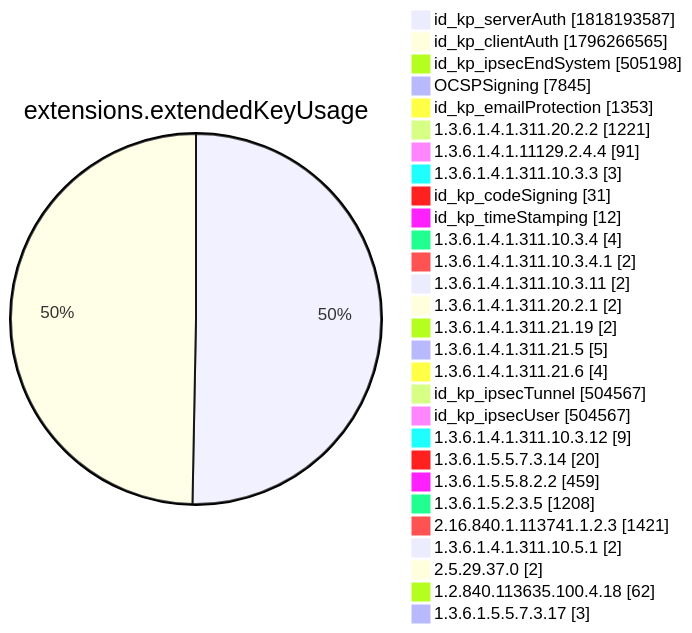
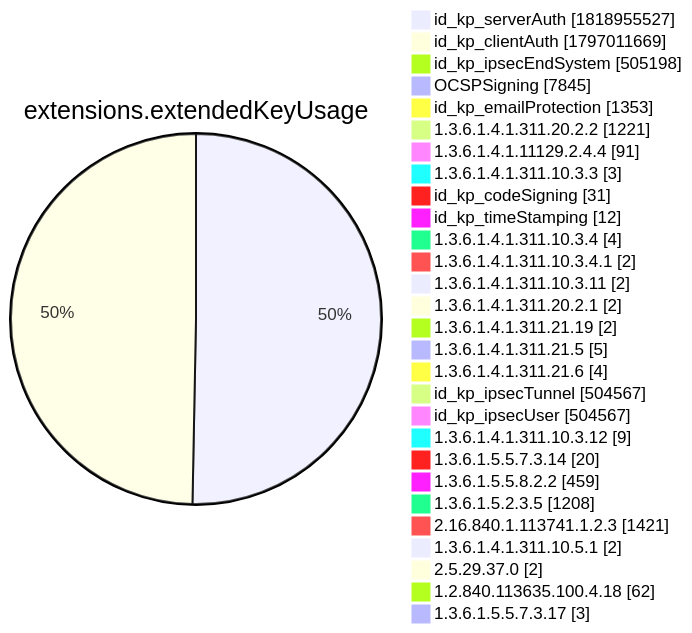
Diagram 12 of 15 in xenon2022/README.md (christiankrug/ctmonitor_visualization), drawn with Mermaid before and after one commit. The commit also changed other lines of this file, not shown here.

````diff
--- a/xenon2022/README.md
+++ b/xenon2022/README.md
@@ -3895,32 +3895,32 @@
 ```mermaid
 pie showData
 title extensions.extendedKeyUsage
-"id_kp_serverAuth" :1818193587
-"id_kp_clientAuth" :1796266565
+"id_kp_serverAuth" :1818955527
+"id_kp_clientAuth" :1797011669
 "id_kp_ipsecEndSystem" :505198
 "OCSPSigning" :7845
 "id_kp_emailProtection" :1353
 "1.3.6.1.4.1.311.20.2.2" :1221
 "1.3.6.1.4.1.11129.2.4.4" :91
 "1.3.6.1.4.1.311.10.3.3" :3
 "id_kp_codeSigning" :31
 "id_kp_timeStamping" :12
 "1.3.6.1.4.1.311.10.3.4" :4
 "1.3.6.1.4.1.311.10.3.4.1" :2
 "1.3.6.1.4.1.311.10.3.11" :2
 "1.3.6.1.4.1.311.20.2.1" :2
 "1.3.6.1.4.1.311.21.19" :2
 "1.3.6.1.4.1.311.21.5" :5
 "1.3.6.1.4.1.311.21.6" :4
 "id_kp_ipsecTunnel" :504567
 "id_kp_ipsecUser" :504567
 "1.3.6.1.4.1.311.10.3.12" :9
 "1.3.6.1.5.5.7.3.14" :20
 "1.3.6.1.5.5.8.2.2" :459
 "1.3.6.1.5.2.3.5" :1208
 "2.16.840.1.113741.1.2.3" :1421
 "1.3.6.1.4.1.311.10.5.1" :2
 "2.5.29.37.0" :2
 "1.2.840.113635.100.4.18" :62
 "1.3.6.1.5.5.7.3.17" :3
 ```
````
